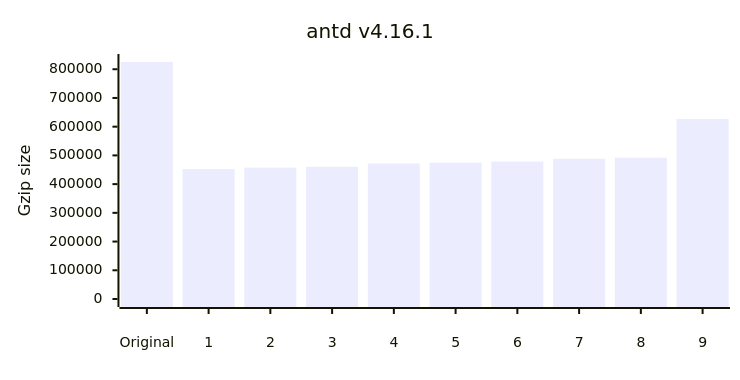
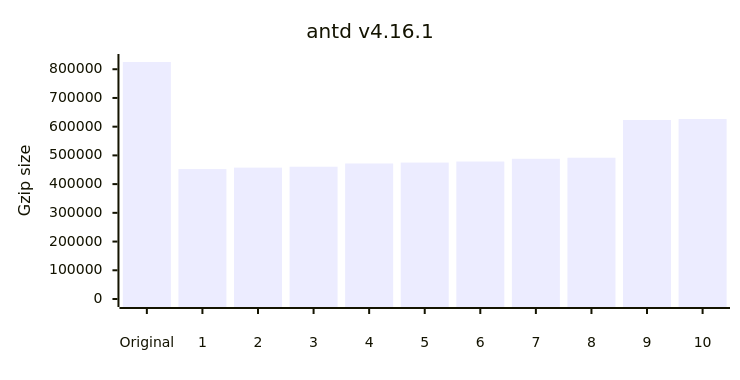
Diagram 11 of 12 in README.md (privatenumber/minification-benchmarks), drawn with Mermaid before and after one commit. The commit also changed other lines of this file and 1 other file, not shown here.

````diff
--- a/README.md
+++ b/README.md
@@ -477,17 +488,17 @@
 ```mermaid
 ---
 config:
     xyChart:
         width: 720
         height: 360
         xAxis:
             labelPadding: 20
         yAxis:
             labelPadding: 10
 ---
 xychart-beta
 	title "antd v4.16.1"
-	x-axis ["Original",1,2,3,4,5,6,7,8,9]
+	x-axis ["Original",1,2,3,4,5,6,7,8,9,10]
 	y-axis "Gzip size" 0 --> 825175
-	bar [825175,452400,457352,460602,471791,474973,478572,488279,491833,626675]
+	bar [825175,452400,457352,460602,471791,474973,478572,488279,491833,623370,626675]
 ```
````
